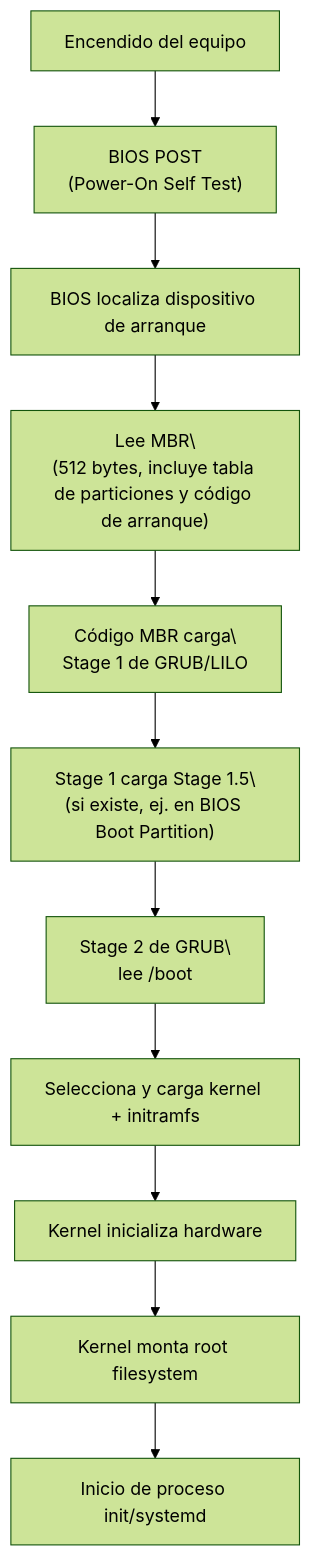
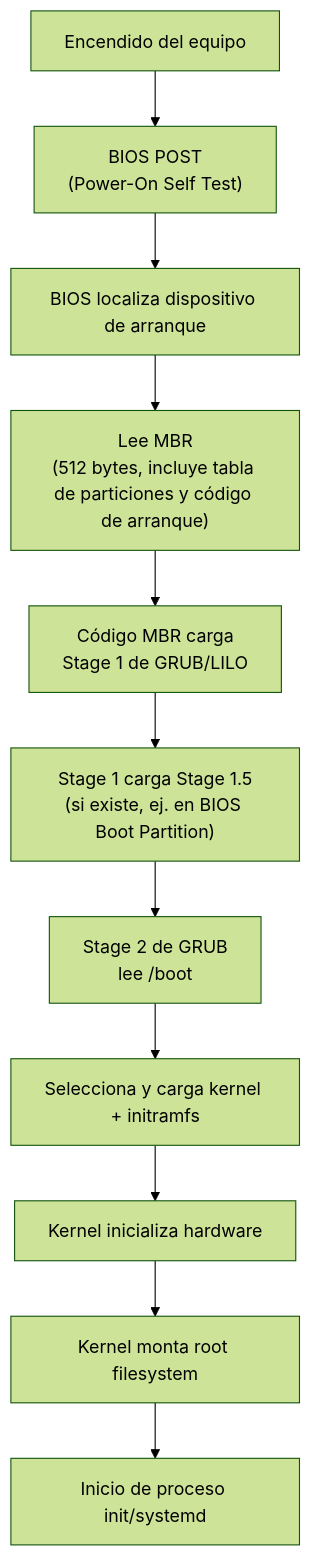
Before and after one commit to GualaDRAKE/LFS4Students-ES: the first of 3 diagrams in Anexos_LFS4Students-ES/Bios_boot-UEFI.md, drawn with Mermaid (forest theme). The commit also changed other lines of this file, not shown here.

````diff
--- a/Anexos_LFS4Students-ES/Bios_boot-UEFI.md
+++ b/Anexos_LFS4Students-ES/Bios_boot-UEFI.md
@@ -284,13 +284,13 @@
 ```mermaid
 flowchart TD
     A["Encendido del equipo"] --> B["BIOS POST<br>(Power-On Self Test)"]
     B --> C["BIOS localiza dispositivo de arranque"]
-    C --> D["Lee MBR\\n(512 bytes, incluye tabla de particiones y código de arranque)"]
-    D --> E["Código MBR carga\\nStage 1 de GRUB/LILO"]
-    E --> F["Stage 1 carga Stage 1.5\\n(si existe, ej. en BIOS Boot Partition)"]
-    F --> G["Stage 2 de GRUB\\nlee /boot"]
+    C --> D["Lee MBR<br>(512 bytes, incluye tabla de particiones y código de arranque)"]
+    D --> E["Código MBR carga<br>Stage 1 de GRUB/LILO"]
+    E --> F["Stage 1 carga Stage 1.5<br>(si existe, ej. en BIOS Boot Partition)"]
+    F --> G["Stage 2 de GRUB<br>lee /boot"]
     G --> H["Selecciona y carga kernel + initramfs"]
     H --> I["Kernel inicializa hardware"]
     I --> J["Kernel monta root filesystem"]
     J --> K["Inicio de proceso init/systemd"]
 ```
````
